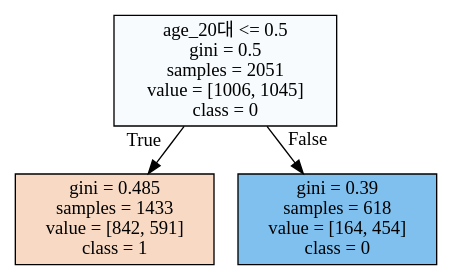
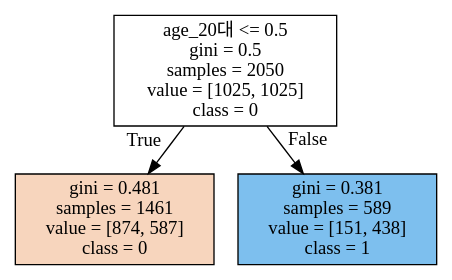
One commit to Hyuck-2/BigData changed the diagram in project/dfb_.dot. Above: the diagram before and after it, drawn with Graphviz. The commit also changed 393 other files, not shown here.

```diff
--- a/project/dfb_.dot
+++ b/project/dfb_.dot
@@ -1,8 +1,8 @@
 digraph Tree {
 node [shape=box, style="filled", color="black"] ;
-0 [label="age_20대 <= 0.5\ngini = 0.5\nsamples = 2051\nvalue = [1006, 1045]\nclass = 0", fillcolor="#399de50a"] ;
-1 [label="gini = 0.485\nsamples = 1433\nvalue = [842, 591]\nclass = 1", fillcolor="#e581394c"] ;
+0 [label="age_20대 <= 0.5\ngini = 0.5\nsamples = 2050\nvalue = [1025, 1025]\nclass = 0", fillcolor="#e5813900"] ;
+1 [label="gini = 0.481\nsamples = 1461\nvalue = [874, 587]\nclass = 0", fillcolor="#e5813954"] ;
 0 -> 1 [labeldistance=2.5, labelangle=45, headlabel="True"] ;
-2 [label="gini = 0.39\nsamples = 618\nvalue = [164, 454]\nclass = 0", fillcolor="#399de5a3"] ;
+2 [label="gini = 0.381\nsamples = 589\nvalue = [151, 438]\nclass = 1", fillcolor="#399de5a7"] ;
 0 -> 2 [labeldistance=2.5, labelangle=-45, headlabel="False"] ;
 }
```
